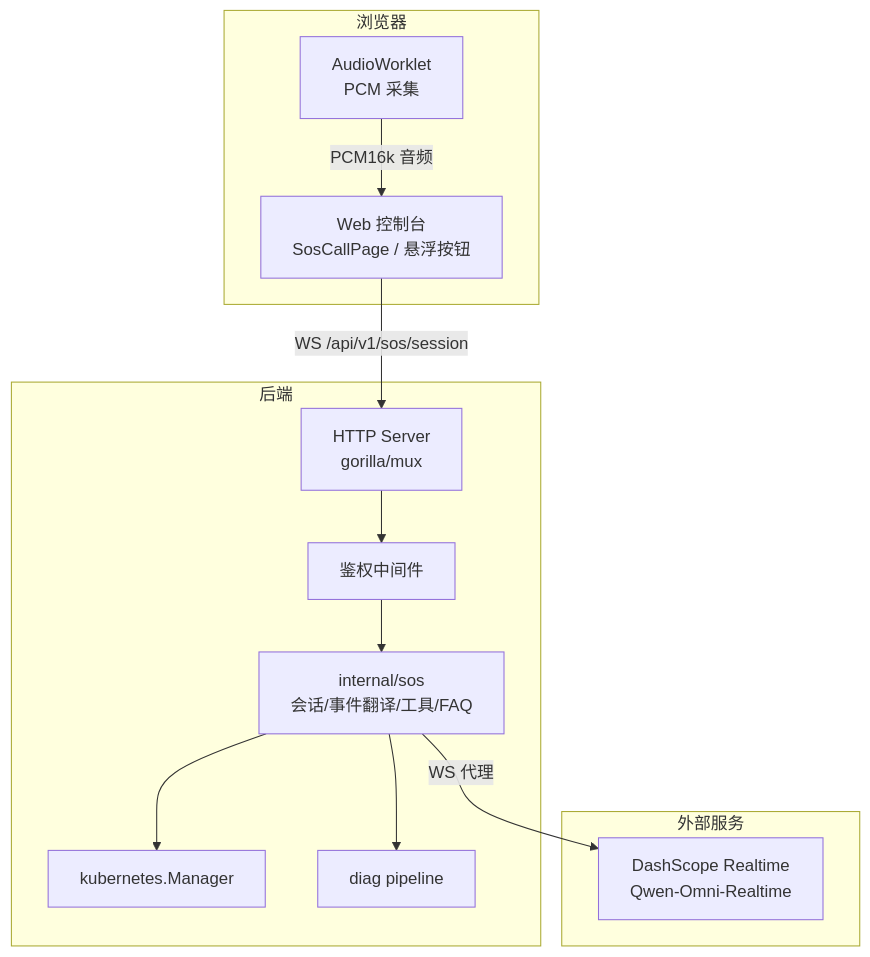
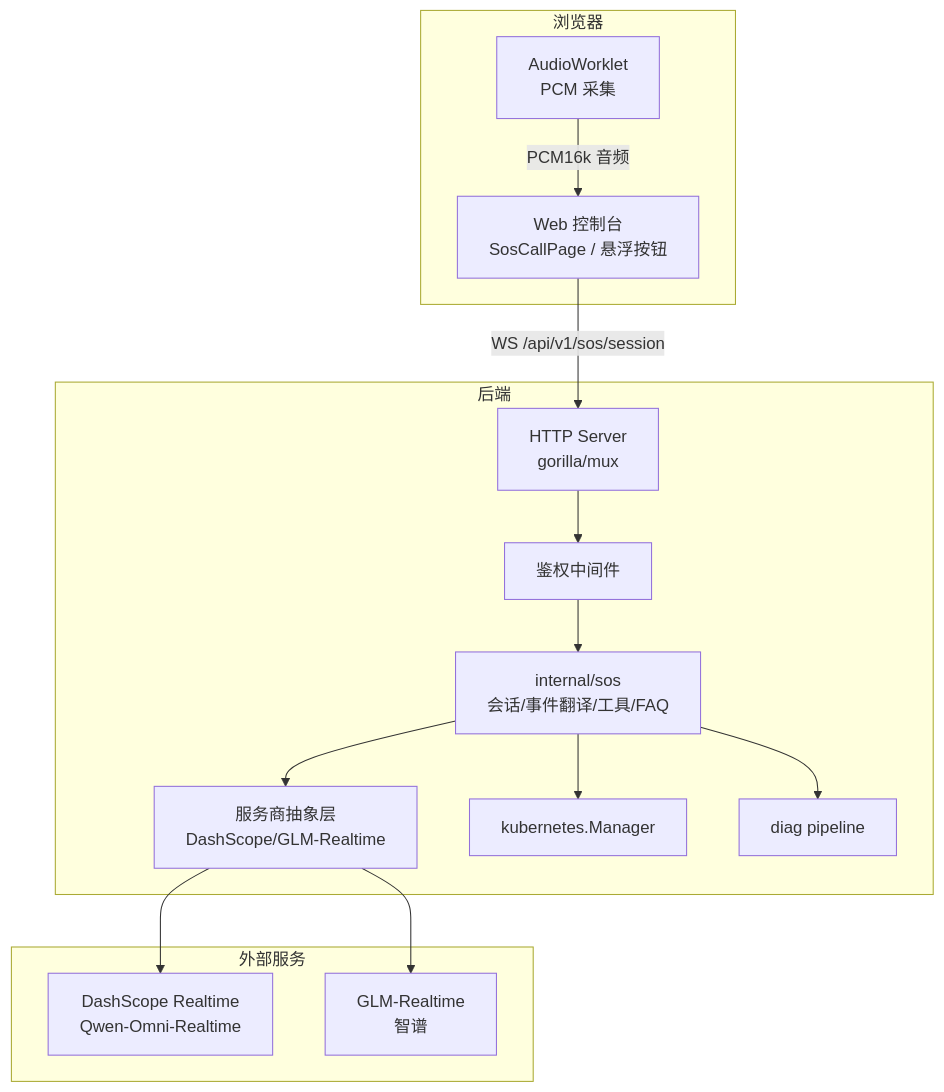
Before and after one commit to kudig-io/klaw: the first of 9 diagrams in .qoder/repowiki/zh/content/Web前端应用/SOS紧急语音对话模式设计.md, drawn with Mermaid. The commit also changed other lines of this file and 336 other files, not shown here.

````diff
--- a/.qoder/repowiki/zh/content/Web前端应用/SOS紧急语音对话模式设计.md
+++ b/.qoder/repowiki/zh/content/Web前端应用/SOS紧急语音对话模式设计.md
@@ -52,24 +54,28 @@
 ```mermaid
 graph TB
 subgraph "浏览器"
 UI["Web 控制台<br/>SosCallPage / 悬浮按钮"]
 AW["AudioWorklet<br/>PCM 采集"]
 end
 subgraph "后端"
 API["HTTP Server<br/>gorilla/mux"]
 Auth["鉴权中间件"]
 SOS["internal/sos<br/>会话/事件翻译/工具/FAQ"]
+Provider["服务商抽象层<br/>DashScope/GLM-Realtime"]
 K8s["kubernetes.Manager"]
 Diag["diag pipeline"]
 end
 subgraph "外部服务"
 DS["DashScope Realtime<br/>Qwen-Omni-Realtime"]
+GLM["GLM-Realtime<br/>智谱"]
 end
 UI --> |WS /api/v1/sos/session| API
 API --> Auth
 Auth --> SOS
 AW --> |PCM16k 音频| UI
-SOS --> |WS 代理| DS
+SOS --> Provider
+Provider --> DS
+Provider --> GLM
 SOS --> K8s
 SOS --> Diag
 ```
````
